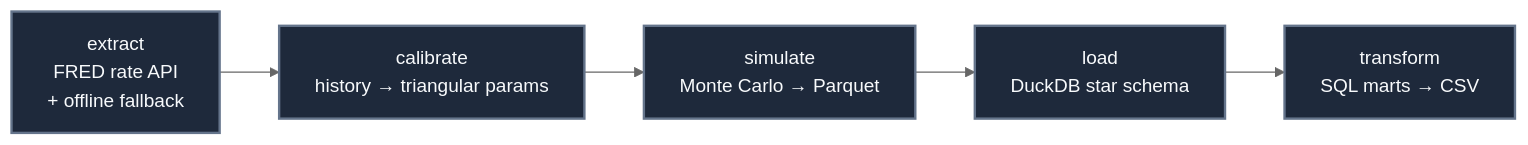
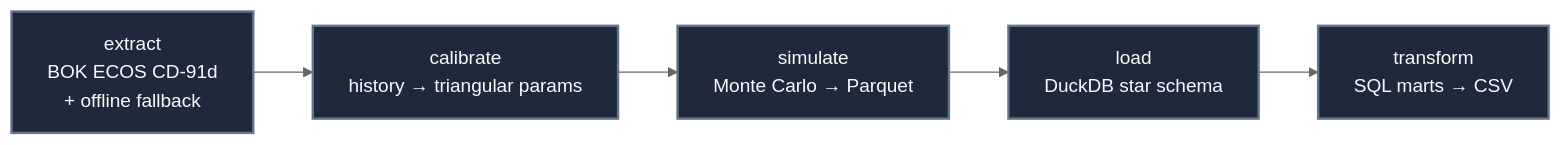
The third of 3 diagrams in README.md (aestim/real-estate-pf-liquidity-risk), drawn with Mermaid (neutral theme) before and after one commit. The commit also changed other lines of this file and 4 other files, not shown here.

First line of the commit message:
feat(extract): switch rate source to BOK ECOS CD(91-day) for Korea fit

````diff
--- a/README.md
+++ b/README.md
@@ -205,8 +205,8 @@
 ```mermaid
 flowchart LR
     classDef stage fill:#1e293b,stroke:#64748b,stroke-width:2px,color:#f8fafc
-    E[extract<br/>FRED rate API<br/>+ offline fallback]:::stage --> C[calibrate<br/>history → triangular params]:::stage
+    E[extract<br/>BOK ECOS CD-91d<br/>+ offline fallback]:::stage --> C[calibrate<br/>history → triangular params]:::stage
     C --> S[simulate<br/>Monte Carlo → Parquet]:::stage
     S --> L[load<br/>DuckDB star schema]:::stage
     L --> T[transform<br/>SQL marts → CSV]:::stage
 ```
````
